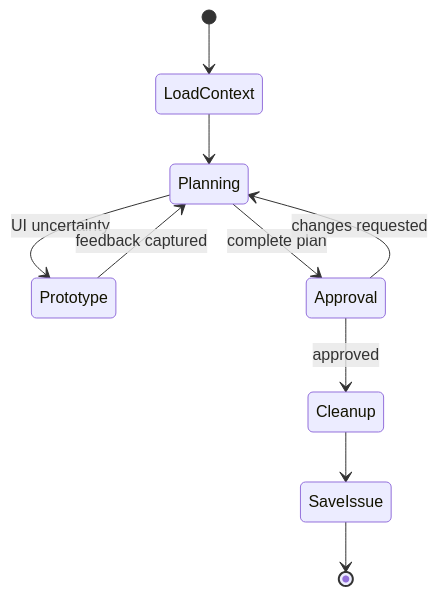
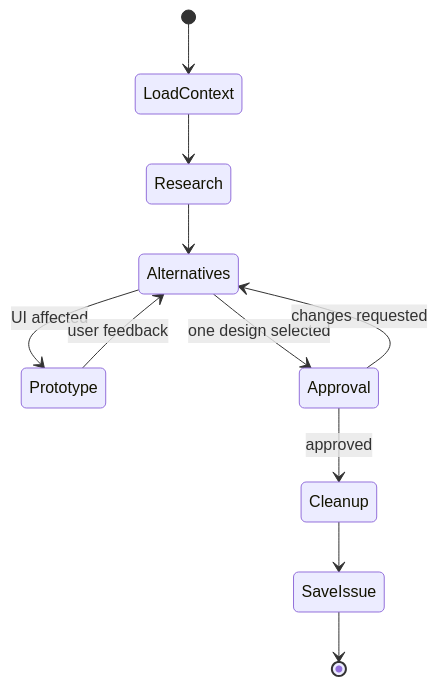
One commit to MP281X/ai-toolkit changed the diagram in .agents/skills/planning/SKILL.md. Above: the diagram before and after it, drawn with Mermaid. The commit also changed other lines of this file and 29 other files, not shown here.

````diff
--- a/.agents/skills/planning/SKILL.md
+++ b/.agents/skills/planning/SKILL.md
@@ -8,12 +11,13 @@
 ```mermaid
 stateDiagram-v2
     [*] --> LoadContext
-    LoadContext --> Planning
-    Planning --> Prototype: UI uncertainty
-    Prototype --> Planning: feedback captured
-    Planning --> Approval: complete plan
-    Approval --> Planning: changes requested
+    LoadContext --> Research
+    Research --> Alternatives
+    Alternatives --> Prototype: UI affected
+    Prototype --> Alternatives: user feedback
+    Alternatives --> Approval: one design selected
+    Approval --> Alternatives: changes requested
     Approval --> Cleanup: approved
     Cleanup --> SaveIssue
     SaveIssue --> [*]
 ```
````
